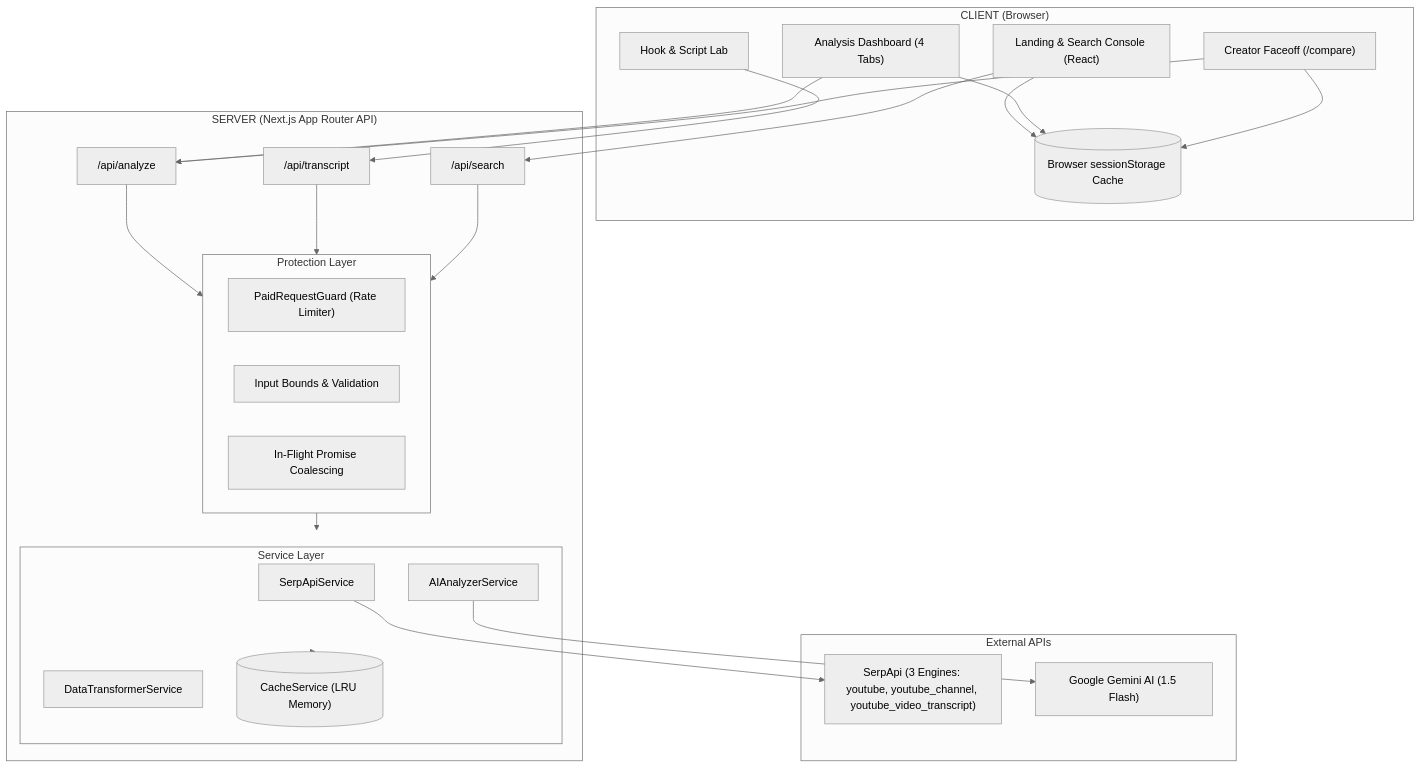
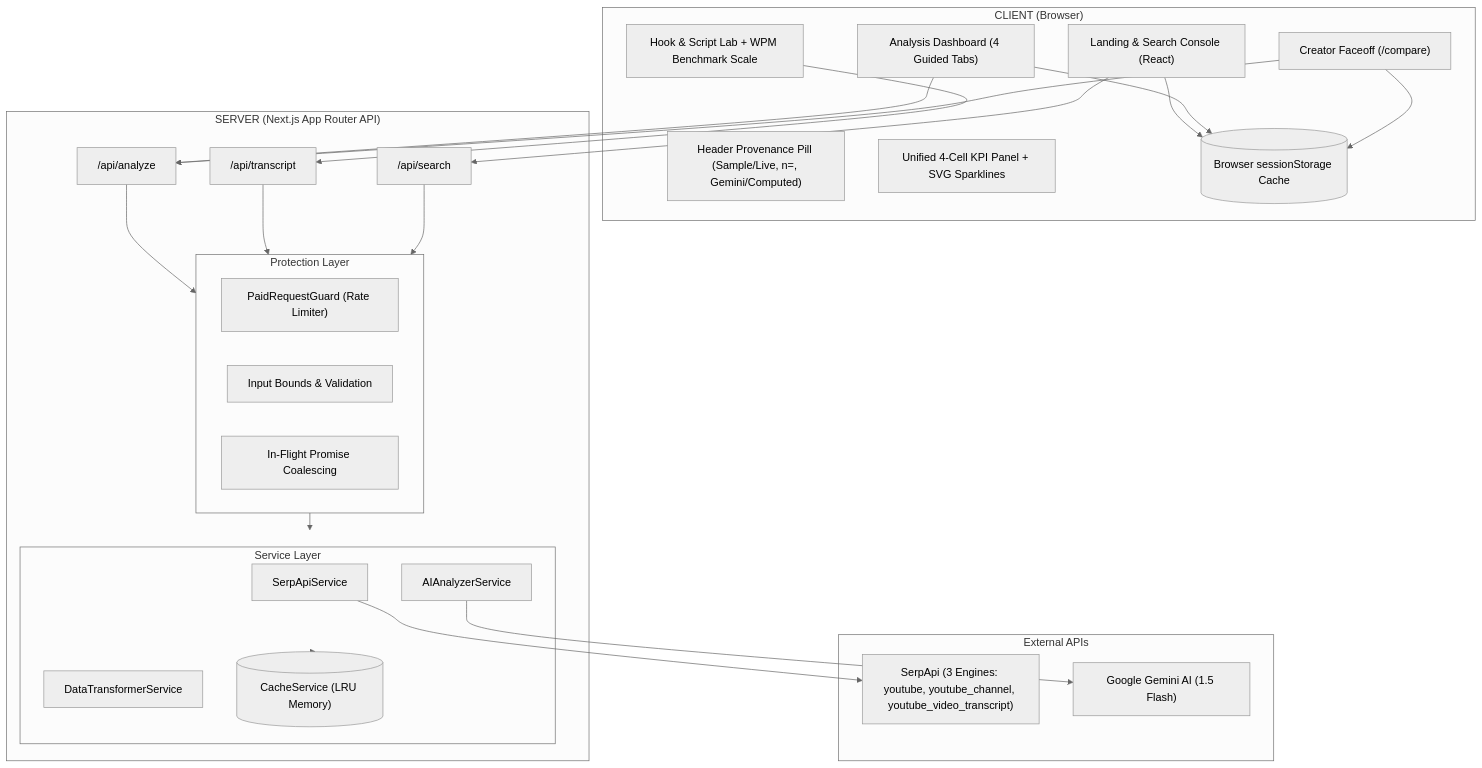
One commit to Anilcodee/TubeSignal changed the diagram in docs/ARCHITECTURE.md. Above: the diagram before and after it, drawn with Mermaid (neutral theme). The commit also changed other lines of this file and 4 other files, not shown here.

Commit message:
docs: sync README, ARCHITECTURE, PRD, TASKS, and MEMORY with Step A/B UX and data honesty suite

````diff
--- a/docs/ARCHITECTURE.md
+++ b/docs/ARCHITECTURE.md
@@ -13,52 +13,54 @@
 ```mermaid
 graph TD
     subgraph Client["CLIENT (Browser)"]
         UI["Landing & Search Console (React)"]
-        Dash["Analysis Dashboard (4 Tabs)"]
+        Provenance["Header Provenance Pill (Sample/Live, n=, Gemini/Computed)"]
+        Dash["Analysis Dashboard (4 Guided Tabs)"]
+        KPI["Unified 4-Cell KPI Panel + SVG Sparklines"]
+        HookLab["Hook & Script Lab + WPM Benchmark Scale"]
         Compare["Creator Faceoff (/compare)"]
-        HookLab["Hook & Script Lab"]
         ClientCache[("Browser sessionStorage Cache")]
     end
 
     subgraph Server["SERVER (Next.js App Router API)"]
         SearchAPI["/api/search"]
         AnalyzeAPI["/api/analyze"]
         TranscriptAPI["/api/transcript"]
         
         subgraph Guard["Protection Layer"]
             QuotaGuard["PaidRequestGuard (Rate Limiter)"]
             RequestGuard["Input Bounds & Validation"]
             PendingMap["In-Flight Promise Coalescing"]
         end
 
         subgraph Service["Service Layer"]
             SerpApiService["SerpApiService"]
             AIAnalyzerService["AIAnalyzerService"]
             DataTransformer["DataTransformerService"]
             ServerCache[("CacheService (LRU Memory)")]
         end
     end
 
     subgraph External["External APIs"]
         SerpApi["SerpApi (3 Engines: youtube, youtube_channel, youtube_video_transcript)"]
         Gemini["Google Gemini AI (1.5 Flash)"]
     end
 
     UI --> ClientCache
     Dash --> ClientCache
     Compare --> ClientCache
     
     UI --> SearchAPI
     Dash --> AnalyzeAPI
     Compare --> AnalyzeAPI
     HookLab --> TranscriptAPI
 
     AnalyzeAPI --> Guard
     TranscriptAPI --> Guard
     SearchAPI --> Guard
 
     Guard --> Service
     Service --> ServerCache
     SerpApiService --> SerpApi
     AIAnalyzerService --> Gemini
 ```
````
